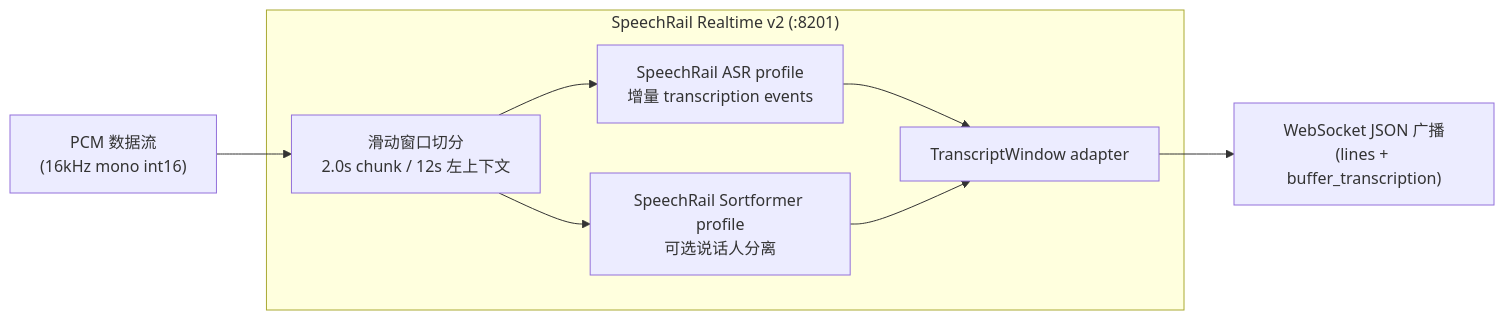
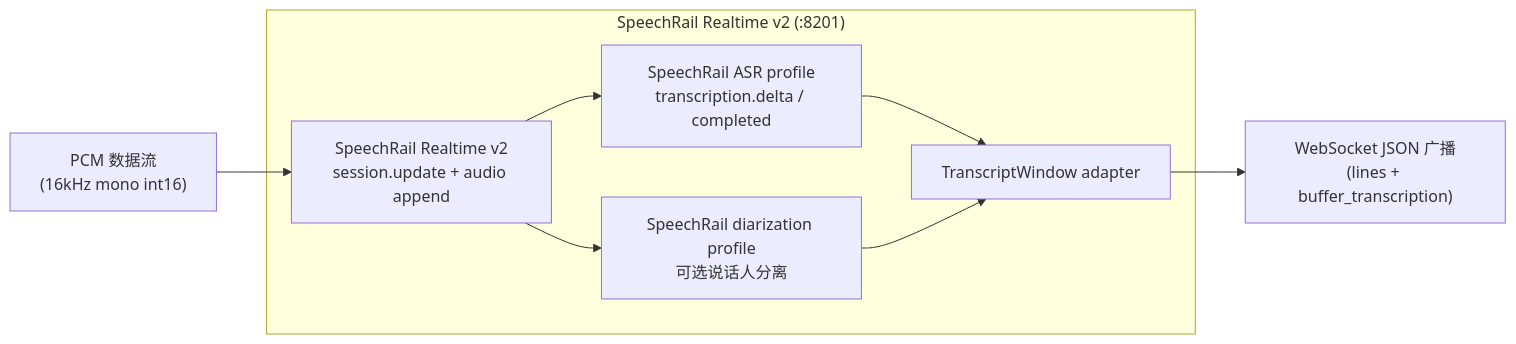
One commit to hrygo/voice-realtime changed the eighth of 13 diagrams in docs/architecture/系统总体架构与详细设计方案.md. Above: the diagram before and after it, drawn with Mermaid. The commit also changed other lines of this file and 28 other files, not shown here.

Commit message:
docs: 更新 SpeechRail 依赖与文档基线

````diff
--- a/docs/architecture/系统总体架构与详细设计方案.md
+++ b/docs/architecture/系统总体架构与详细设计方案.md
@@ -502,13 +510,13 @@
 ```mermaid
 flowchart LR
-    AUDIO_IN["PCM 数据流<br/>(16kHz mono int16)"] --> SLIDE_WIN["滑动窗口切分<br/>2.0s chunk / 12s 左上下文"]
+    AUDIO_IN["PCM 数据流<br/>(16kHz mono int16)"] --> SR_INPUT["SpeechRail Realtime v2<br/>session.update + audio append"]
     
     subgraph SPEECHRAIL["SpeechRail Realtime v2 (:8201)"]
-        SLIDE_WIN --> QWEN_ASR["SpeechRail ASR profile<br/>增量 transcription events"]
-        SLIDE_WIN --> SORTFORMER["SpeechRail Sortformer profile<br/>可选说话人分离"]
+        SR_INPUT --> QWEN_ASR["SpeechRail ASR profile<br/>transcription.delta / completed"]
+        SR_INPUT --> SORTFORMER["SpeechRail diarization profile<br/>可选说话人分离"]
         QWEN_ASR --> SNAP_BUILDER["TranscriptWindow adapter"]
         SORTFORMER --> SNAP_BUILDER
     end
 
     SNAP_BUILDER --> WS_OUT["WebSocket JSON 广播<br/>(lines + buffer_transcription)"]
 ```
````
